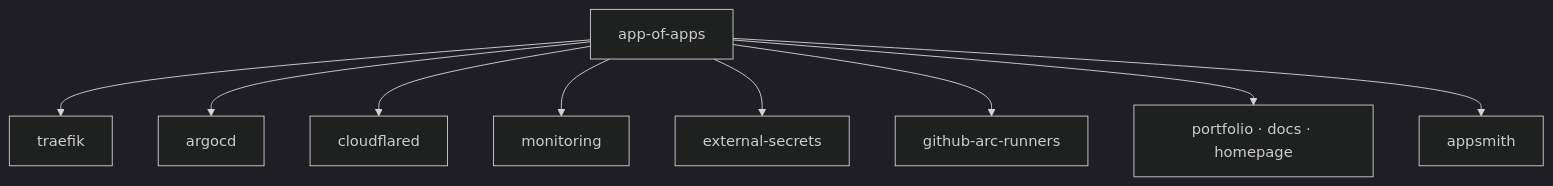
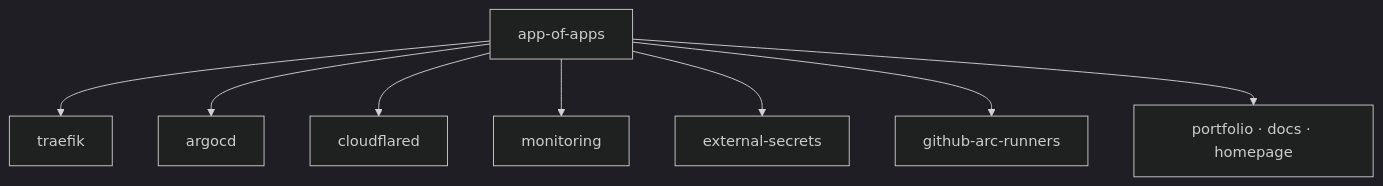
The diagram in docs/src/platform/argocd/01-overview.md (kbntx-org/nexus), drawn with Mermaid before and after one commit. The commit also changed other lines of this file and 12 other files, not shown here.

````diff
--- a/docs/src/platform/argocd/01-overview.md
+++ b/docs/src/platform/argocd/01-overview.md
@@ -13,12 +13,11 @@
 ```mermaid
 %%{init: {'theme':'dark'}}%%
 graph TD
     Root[app-of-apps] --> traefik
     Root --> argocd
     Root --> cloudflared
     Root --> monitoring
     Root --> external-secrets
     Root --> runners[github-arc-runners]
     Root --> apps[portfolio · docs · homepage]
-    Root --> appsmith
 ```
````
